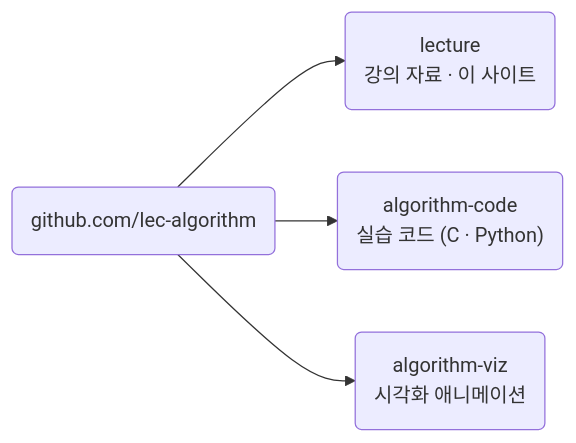
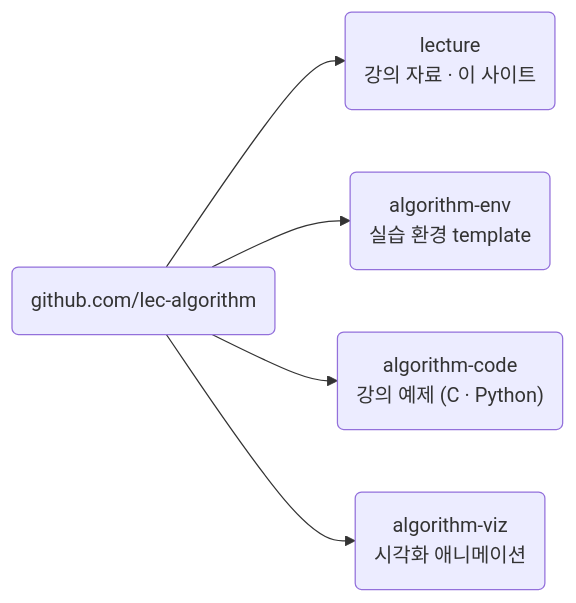
The diagram in site/src/content/pages/ko/about.mdx (lec-algorithm/lecture), drawn with Mermaid before and after one commit. The commit also changed other lines of this file and 23 other files, not shown here.

````diff
--- a/site/src/content/pages/ko/about.mdx
+++ b/site/src/content/pages/ko/about.mdx
@@ -66,6 +66,7 @@
 ```mermaid
 flowchart LR
     ORG("github.com/lec-algorithm") --> L("lecture<br/>강의 자료 · 이 사이트")
-    ORG --> C("algorithm-code<br/>실습 코드 (C · Python)")
+    ORG --> E("algorithm-env<br/>실습 환경 template")
+    ORG --> C("algorithm-code<br/>강의 예제 (C · Python)")
     ORG --> V("algorithm-viz<br/>시각화 애니메이션")
 ```
````
